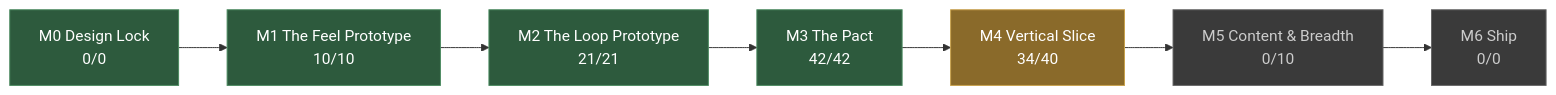
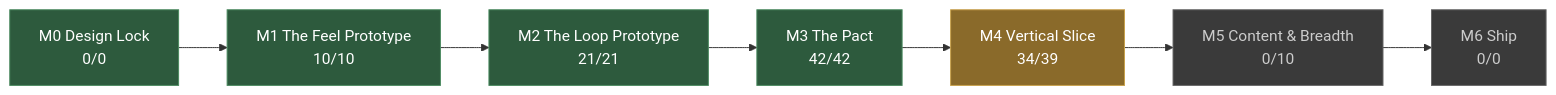
Before and after one commit to JoshuaGessner/she: the diagram in docs/STATUS.md, drawn with Mermaid. The commit also changed other lines of this file and 4 other files, not shown here.

````diff
--- a/docs/STATUS.md
+++ b/docs/STATUS.md
@@ -13,19 +13,19 @@
 ```mermaid
 flowchart LR
   M0["M0 Design Lock<br/>0/0"]:::passed
   M1["M1 The Feel Prototype<br/>10/10"]:::passed
   M0 --> M1
   M2["M2 The Loop Prototype<br/>21/21"]:::passed
   M1 --> M2
   M3["M3 The Pact<br/>42/42"]:::passed
   M2 --> M3
-  M4["M4 Vertical Slice<br/>34/40"]:::current
+  M4["M4 Vertical Slice<br/>34/39"]:::current
   M3 --> M4
   M5["M5 Content & Breadth<br/>0/10"]:::ahead
   M4 --> M5
   M6["M6 Ship<br/>0/0"]:::ahead
   M5 --> M6
   classDef passed fill:#2d5a3d,stroke:#4a8a5f,color:#fff
   classDef current fill:#8a6a2a,stroke:#c8a04a,color:#fff
   classDef ahead fill:#3a3a3a,stroke:#666,color:#ccc
 ```
````
